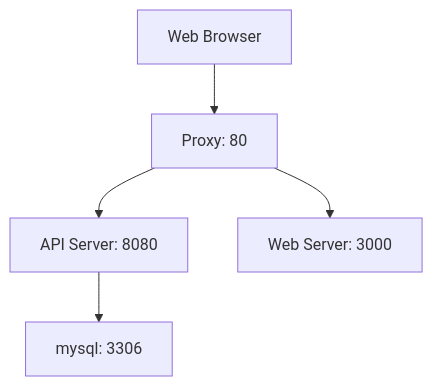
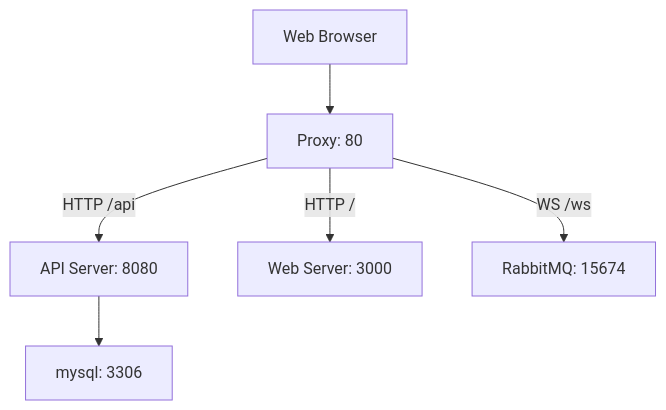
The diagram in proxy/README.md (AlvinHon/todolist-web), drawn with Mermaid before and after one commit. The commit also changed 23 other files, not shown here.

````diff
--- a/proxy/README.md
+++ b/proxy/README.md
@@ -5,7 +5,8 @@
 ```mermaid
 graph TD;
       WebBrowser[Web Browser]-->Proxy[Proxy: 80];
-      Proxy-->ApiServer[API Server: 8080];
-      Proxy-->WebServer[Web Server: 3000];
+      Proxy-->|HTTP /api| ApiServer[API Server: 8080];
+      Proxy-->|HTTP /| WebServer[Web Server: 3000];
+      Proxy-->|WS /ws| RabbitMQ[RabbitMQ: 15674]
       ApiServer-->DB[mysql: 3306];
 ```
````
